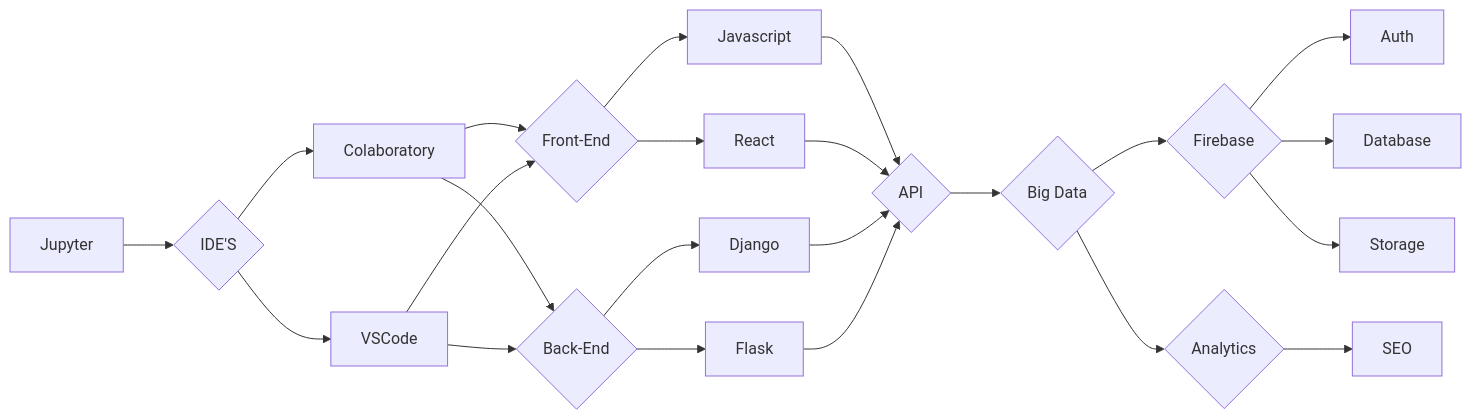
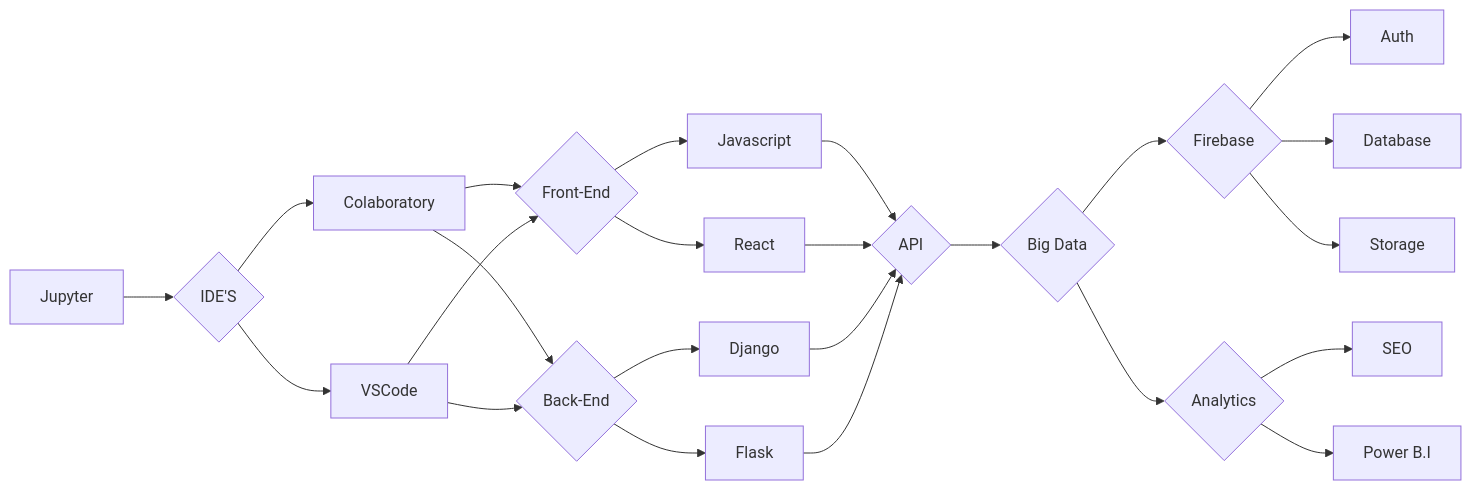
Before and after one commit to SauloCandeira/SauloCandeira: the first of 2 diagrams in README.md, drawn with Mermaid.

````diff
--- a/README.md
+++ b/README.md
@@ -61,34 +61,35 @@
 ```mermaid
 flowchart LR
 
 M[Jupyter] --> Z{IDE'S} 
 
 Z{IDE'S} --> K[Colaboratory]
 Z  --> L
 
 K[Colaboratory] --> A{Front-End} 
 K --> B{Back-End}
 L[VSCode] --> A{Front-End} 
 L --> B{Back-End}
 
 A{Front-End} --> I[Javascript] --> O{API} 
 A{Front-End} --> J[React] --> O{API} 
 
 B{Back-End} --> G[Django] --> O{API} 
 B{Back-End} --> H[Flask] --> O{API} 
 
 
 
 O{API} --> N{Big Data}
 
 
 N{Big Data} --> C{Firebase}
 N --> P{Analytics}
 
 P --> Q[SEO]
+P --> R[Power B.I]
 
 
 C --> D[Auth]
 C --> E[Database]
 C --> F[Storage]
 ```
````
